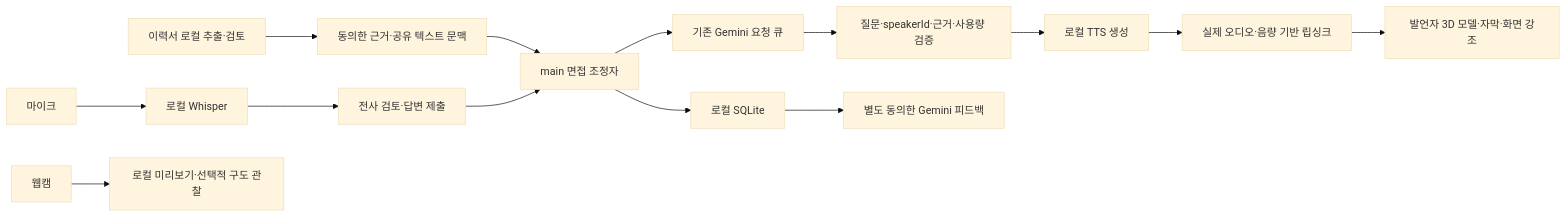
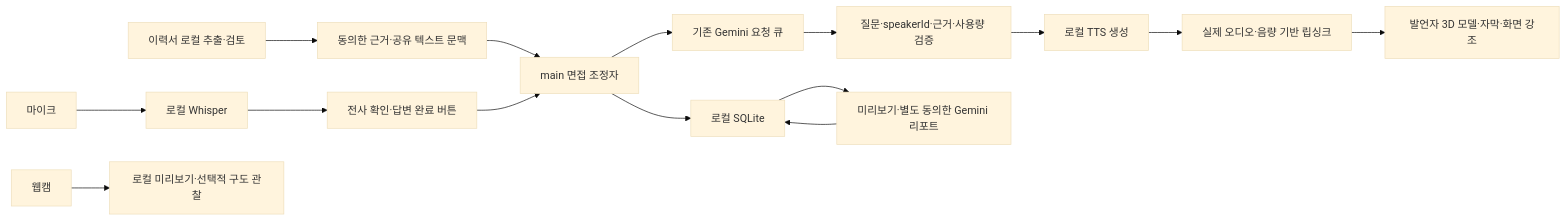
The diagram in harness/architecture.md (silverThunder09/ai-interview-studio), drawn with Mermaid (base theme) before and after one commit. The commit also changed other lines of this file and 3 other files, not shown here.

Commit message:
docs: 실전 단일 모드와 Gemini 면접 분석 리포트 스펙 확정

````diff
--- a/harness/architecture.md
+++ b/harness/architecture.md
@@ -46,16 +52,17 @@
 ```mermaid
 flowchart LR
   R[이력서 로컬 추출·검토] --> C[동의한 근거·공유 텍스트 문맥]
   C --> O[main 면접 조정자]
   O --> G[기존 Gemini 요청 큐]
   G --> Q[질문·speakerId·근거·사용량 검증]
   Q --> T[로컬 TTS 생성]
   T --> L[실제 오디오·음량 기반 립싱크]
   L --> A[발언자 3D 모델·자막·화면 강조]
   M[마이크] --> S[로컬 Whisper]
-  S --> E[전사 검토·답변 제출]
+  S --> E[전사 확인·답변 완료 버튼]
   E --> O
   O --> D[로컬 SQLite]
-  D --> P[별도 동의한 Gemini 피드백]
+  D --> P[미리보기·별도 동의한 Gemini 리포트]
+  P --> D
   V[웹캠] --> F[로컬 미리보기·선택적 구도 관찰]
 ```
````
